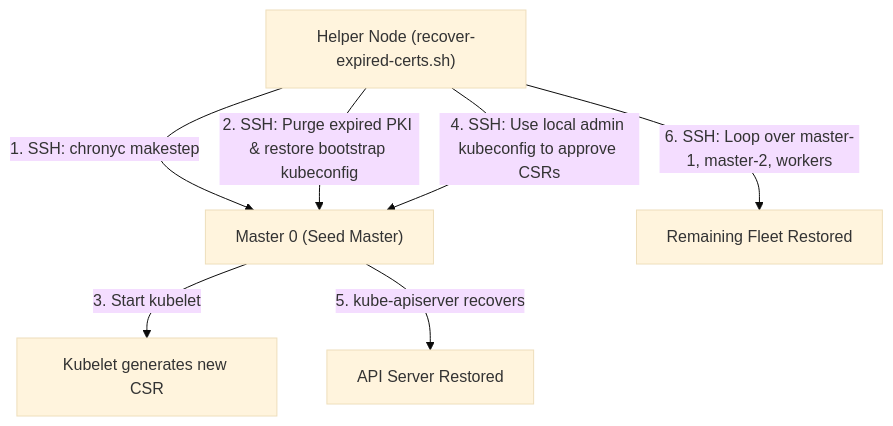
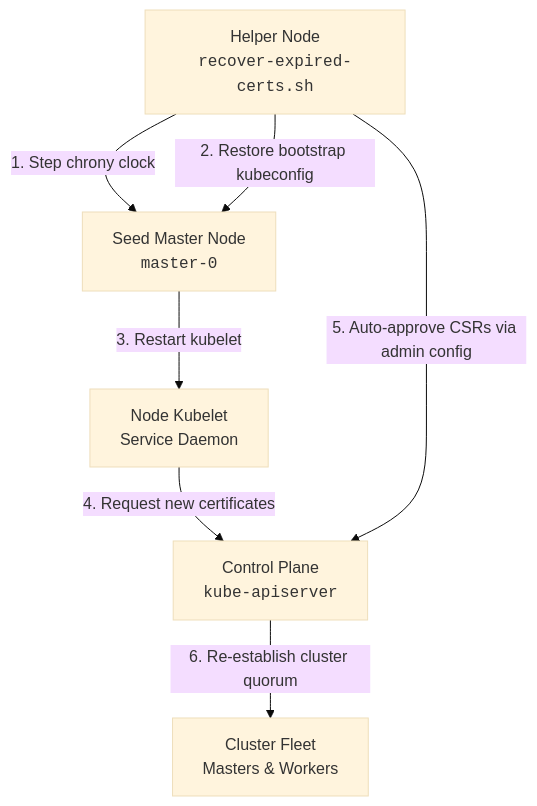
Before and after one commit to nubenetes/openshift-4-20-installation-day0-day2: the sixth of 6 diagrams in scripts/README.md, drawn with Mermaid (base theme). The commit also changed other lines of this file, not shown here.

Commit message:
fix(docs): optimize mermaid diagram boxes, text breaks and flow orientation in scripts/README.md

````diff
--- a/scripts/README.md
+++ b/scripts/README.md
@@ -496,9 +496,15 @@
 ```mermaid
 flowchart TD
-    HN["Helper Node (recover-expired-certs.sh)"] -->|"1. SSH: chronyc makestep"| M0["Master 0 (Seed Master)"]
-    HN -->|"2. SSH: Purge expired PKI & restore bootstrap kubeconfig"| M0
-    M0 -->|"3. Start kubelet"| KUB0["Kubelet generates new CSR"]
-    HN -->|"4. SSH: Use local admin kubeconfig to approve CSRs"| M0
-    M0 -->|"5. kube-apiserver recovers"| API["API Server Restored"]
-    HN -->|"6. SSH: Loop over master-1, master-2, workers"| REST["Remaining Fleet Restored"]
+    HN["Helper Node<br/><code>recover-expired-certs.sh</code>"]
+    M0["Seed Master Node<br/><code>master-0</code>"]
+    KUB["Node Kubelet<br/>Service Daemon"]
+    API["Control Plane<br/><code>kube-apiserver</code>"]
+    FLEET["Cluster Fleet<br/>Masters &amp; Workers"]
+
+    HN -->|"1. Step chrony clock"| M0
+    HN -->|"2. Restore bootstrap kubeconfig"| M0
+    M0 -->|"3. Restart kubelet"| KUB
+    KUB -->|"4. Request new certificates"| API
+    HN -->|"5. Auto-approve CSRs via admin config"| API
+    API -->|"6. Re-establish cluster quorum"| FLEET
 ```
````
